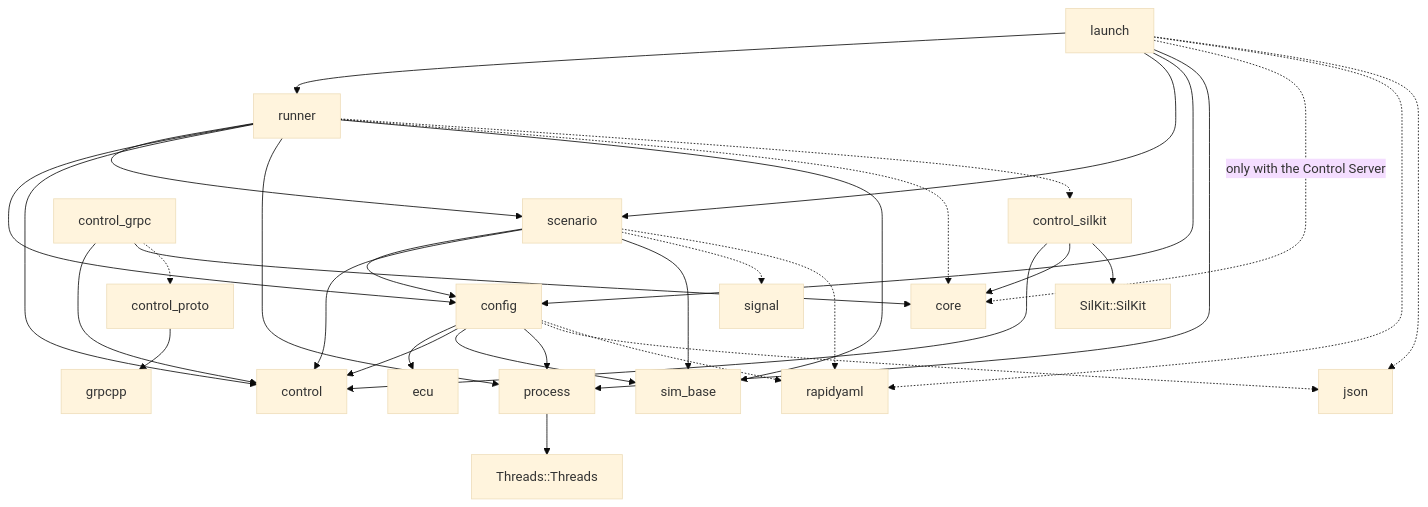
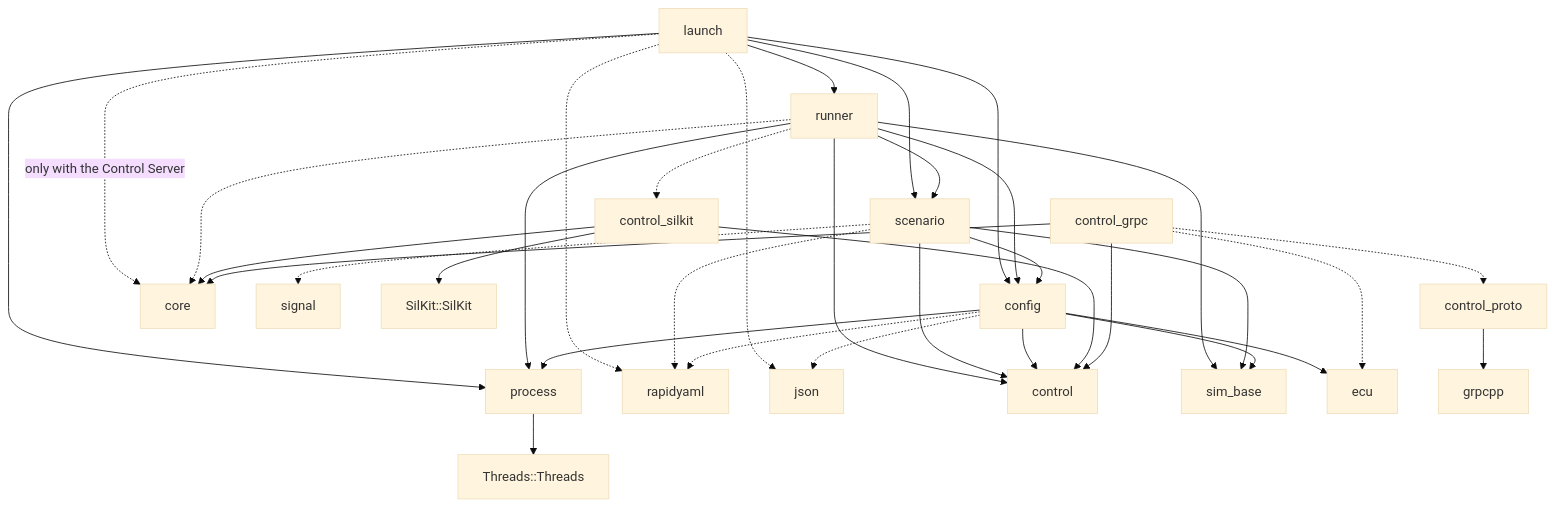
The diagram in docs/code-map-control.md (rahanahu/vehicle-sil), drawn with Mermaid (base theme) before and after one commit. The commit also changed 15 other files, not shown here.

````diff
--- a/docs/code-map-control.md
+++ b/docs/code-map-control.md
@@ -113,36 +113,37 @@
 ```mermaid
 flowchart TD
     launch --> runner
     launch --> scenario
     launch --> config
     launch --> process
     launch -.->|"only with the Control Server"| core
     launch -.-> rapidyaml
     launch -.-> json
     runner --> scenario
     runner --> config
     runner --> control
     runner --> process
     runner --> sim_base
     runner -.-> core
     runner -.-> control_silkit
     scenario --> config
     scenario --> control
     scenario --> sim_base
     scenario -.-> signal
     scenario -.-> rapidyaml
     config --> ecu
     config --> control
     config --> sim_base
     config --> process
     config -.-> json
     config -.-> rapidyaml
     process --> Threads["Threads::Threads"]
     control_silkit --> control
     control_silkit --> core
     control_silkit --> SilKit["SilKit::SilKit"]
     control_grpc --> control
     control_grpc --> core
     control_grpc -.-> control_proto
+    control_grpc -.-> ecu
     control_proto --> grpcpp
 ```
````
